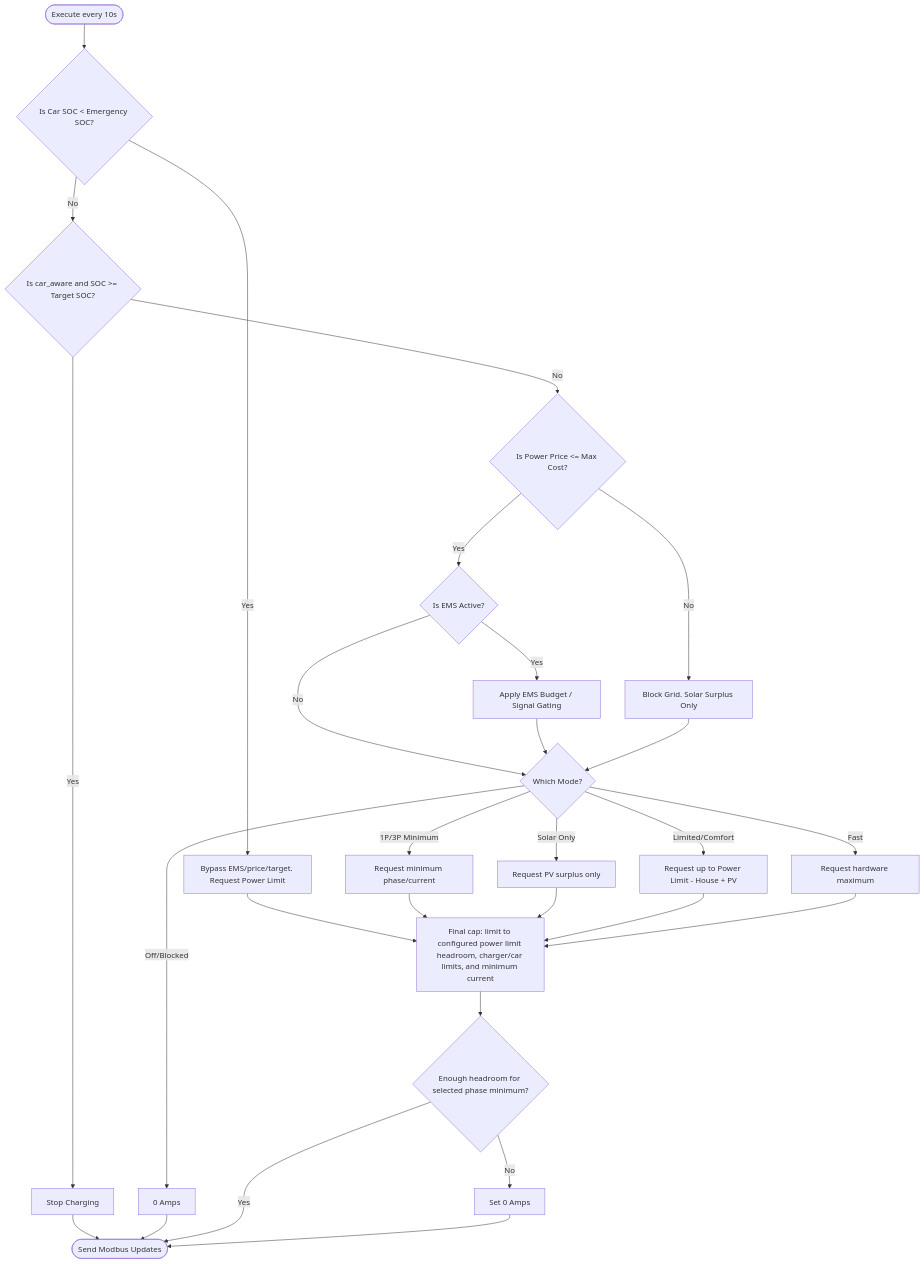
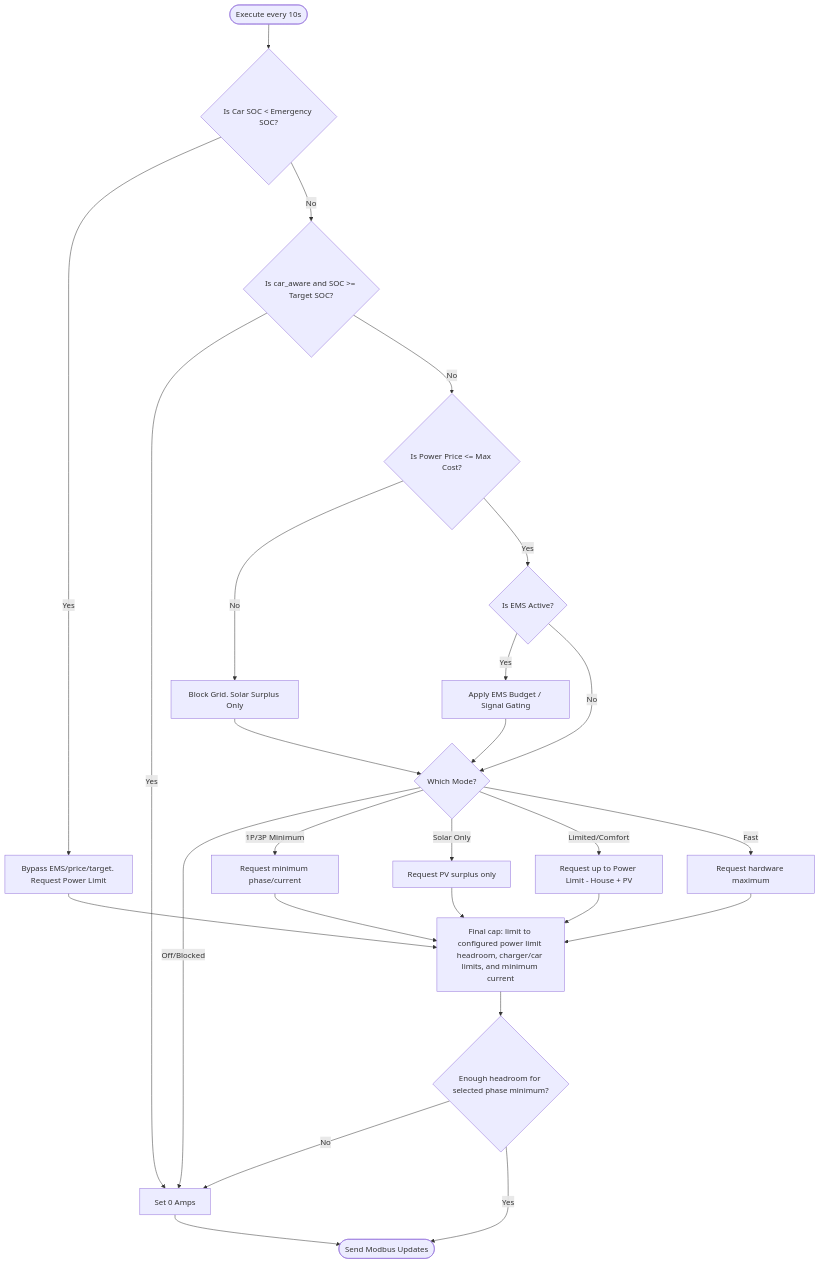
The second of 2 diagrams in README.md (straybiker/HA-load-balancer), drawn with Mermaid before and after one commit.

Commit message:
decision flow cleanup

````diff
--- a/README.md
+++ b/README.md
@@ -212,37 +212,35 @@
 ```mermaid
 flowchart TD
     Start([Execute every 10s]) --> Emergency{Is Car SOC < Emergency SOC?}
     Emergency -- Yes --> MaxLimit[Bypass EMS/price/target. Request Power Limit]
     Emergency -- No --> Target{Is car_aware and SOC >= Target SOC?}
 
-    Target -- Yes --> StopCharge[Stop Charging]
+    Target -- Yes --> ZeroOutput[Set 0 Amps]
     Target -- No --> Price{Is Power Price <= Max Cost?}
 
     Price -- No --> Block[Block Grid. Solar Surplus Only]
     Price -- Yes --> EMS{Is EMS Active?}
 
     EMS -- Yes --> EMSGating[Apply EMS Budget / Signal Gating]
     EMS -- No --> ModeCheck
 
     EMSGating --> ModeCheck{Which Mode?}
 
-    ModeCheck -- Off/Blocked --> MOff[0 Amps]
+    ModeCheck -- Off/Blocked --> ZeroOutput
     ModeCheck -- 1P/3P Minimum --> MFixed[Request minimum phase/current]
     ModeCheck -- Solar Only --> MSolar[Request PV surplus only]
     ModeCheck -- Limited/Comfort --> MLimit[Request up to Power Limit - House + PV]
     ModeCheck -- Fast --> MFast[Request hardware maximum]
 
     MaxLimit --> FinalCap
-    StopCharge --> SetCharger([Send Modbus Updates])
     Block --> ModeCheck
-    MOff --> SetCharger
     MFixed --> FinalCap
     MSolar --> FinalCap
     MLimit --> FinalCap
     MFast --> FinalCap
 
     FinalCap[Final cap: limit to configured power limit headroom, charger/car limits, and minimum current] --> EnoughHeadroom{Enough headroom for selected phase minimum?}
-    EnoughHeadroom -- No --> StopAtZero[Set 0 Amps]
+    EnoughHeadroom -- No --> ZeroOutput
     EnoughHeadroom -- Yes --> SetCharger
-    StopAtZero --> SetCharger
+    ZeroOutput --> SetCharger([Send Modbus Updates])
 ```
````
